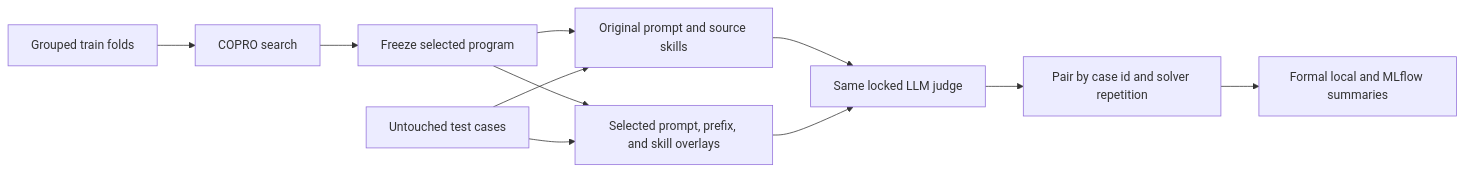
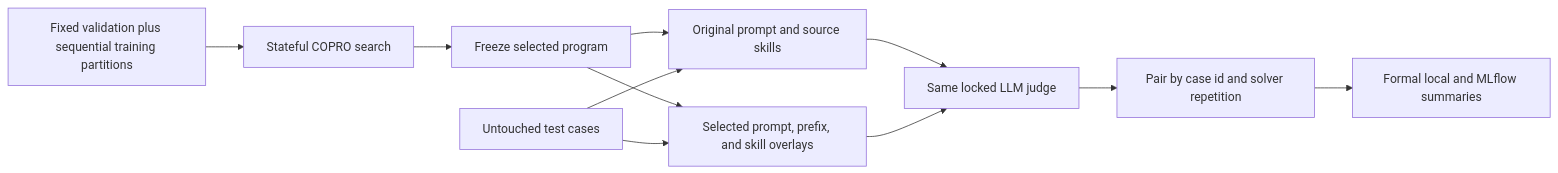
One commit to mainsequence-sdk/repo-agent-eval changed the diagram in docs/architecture/008-paired-copro-evaluation-and-formal-reporting.md. Above: the diagram before and after it, drawn with Mermaid. The commit also changed other lines of this file and 61 other files, not shown here.

````diff
--- a/docs/architecture/008-paired-copro-evaluation-and-formal-reporting.md
+++ b/docs/architecture/008-paired-copro-evaluation-and-formal-reporting.md
@@ -24,13 +26,13 @@
 ```mermaid
 flowchart LR
-    Train[Grouped train folds] --> Search[COPRO search]
+    Train[Fixed validation plus sequential training partitions] --> Search[Stateful COPRO search]
     Search --> Freeze[Freeze selected program]
     Freeze --> Baseline[Original prompt and source skills]
     Freeze --> Optimized[Selected prompt, prefix, and skill overlays]
     Test[Untouched test cases] --> Baseline
     Test --> Optimized
     Baseline --> Judge[Same locked LLM judge]
     Optimized --> Judge
     Judge --> Pair[Pair by case id and solver repetition]
     Pair --> Report[Formal local and MLflow summaries]
 ```
````
